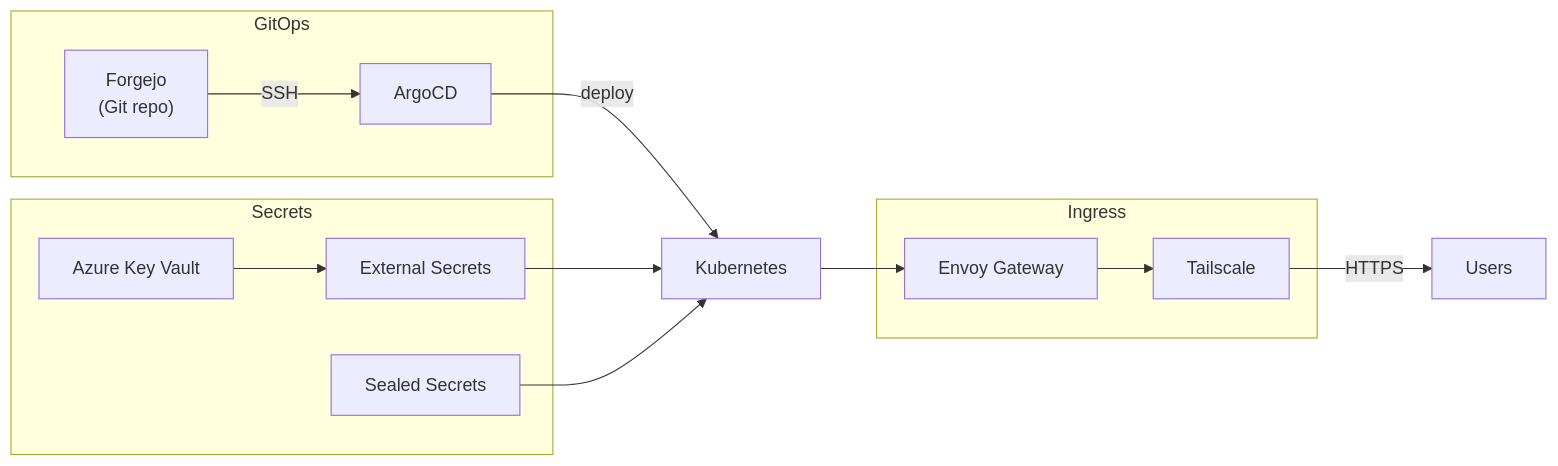
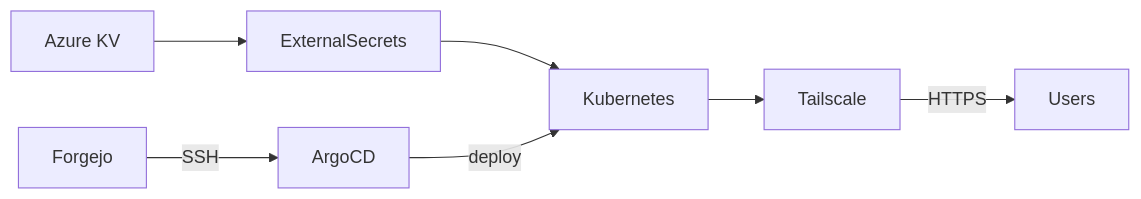
One commit to tomasz-wostal-eu/cd-homelab changed the first of 8 diagrams in README.md. Above: the diagram before and after it, drawn with Mermaid. The commit also changed other lines of this file, not shown here.

````diff
--- a/README.md
+++ b/README.md
@@ -90,27 +27,8 @@
 ```mermaid
 flowchart LR
-    subgraph GitOps
-        Forgejo["Forgejo<br/>(Git repo)"]
-        ArgoCD["ArgoCD"]
-    end
-
-    subgraph Secrets
-        AKV["Azure Key Vault"]
-        ES["External Secrets"]
-        SS["Sealed Secrets"]
-    end
-
-    subgraph Ingress
-        EG["Envoy Gateway"]
-        TS["Tailscale"]
-    end
-
     Forgejo -->|SSH| ArgoCD
-    ArgoCD -->|deploy| K8s["Kubernetes"]
-    AKV --> ES
-    ES --> K8s
-    SS --> K8s
-    K8s --> EG
-    EG --> TS
-    TS -->|HTTPS| Users["Users"]
+    AzureKV[Azure KV] --> ExternalSecrets
+    ExternalSecrets --> K8s[Kubernetes]
+    ArgoCD -->|deploy| K8s
+    K8s --> Tailscale -->|HTTPS| Users
 ```
````
